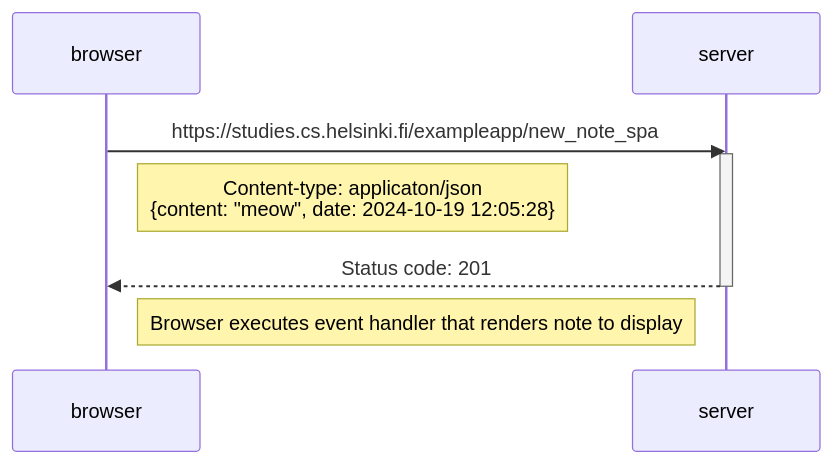
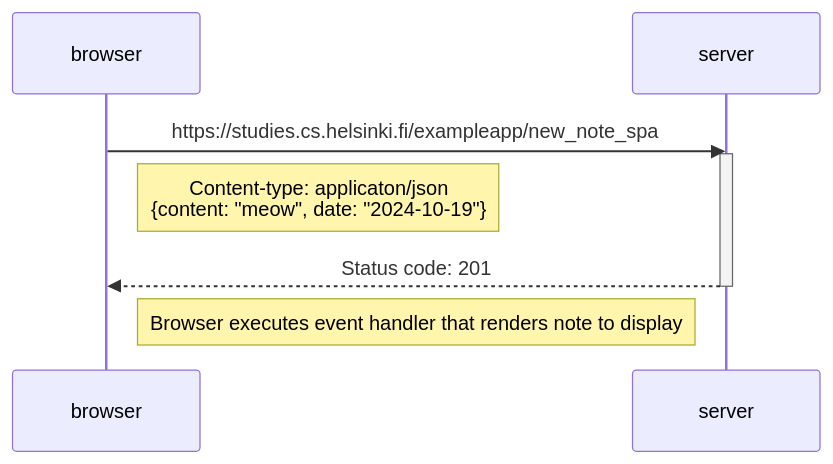
The diagram in part0/Exercise6.mmd (SXYII12RCHAS/fullstackopen), drawn with Mermaid before and after one commit.

```diff
--- a/part0/Exercise6.mmd
+++ b/part0/Exercise6.mmd
@@ -1,11 +1,11 @@
 sequenceDiagram
 participant browser
 participant server
 
     browser->>server: https://studies.cs.helsinki.fi/exampleapp/new_note_spa
     activate server
-    Note right of browser: Content-type: applicaton/json <br />{content: "meow", date: 2024-10-19 12:05:28}
+    Note right of browser: Content-type: applicaton/json <br />{content: "meow", date: "2024-10-19"}
     server-->>browser: Status code: 201
     deactivate server
 
     Note right of browser: Browser executes event handler that renders note to display
```
